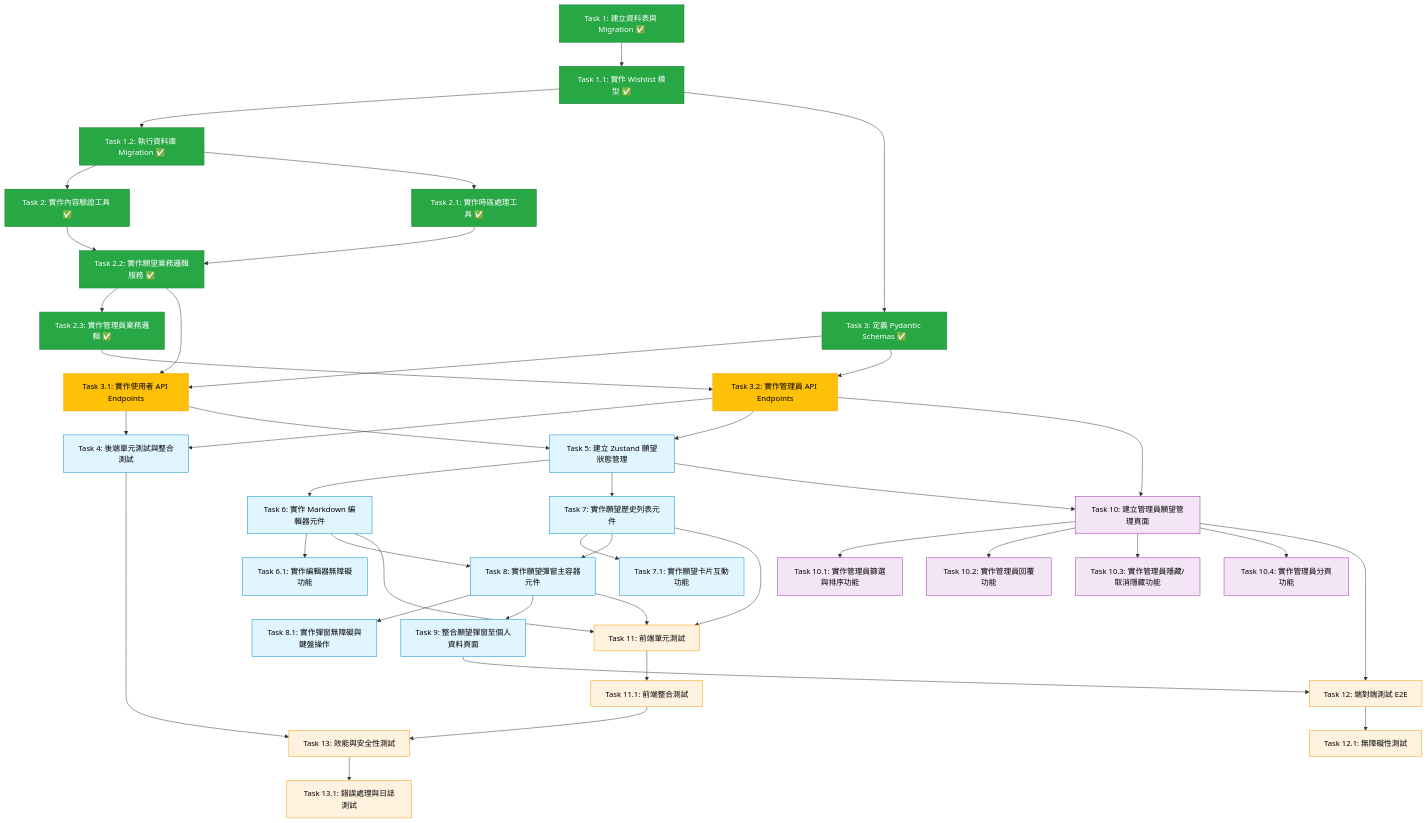
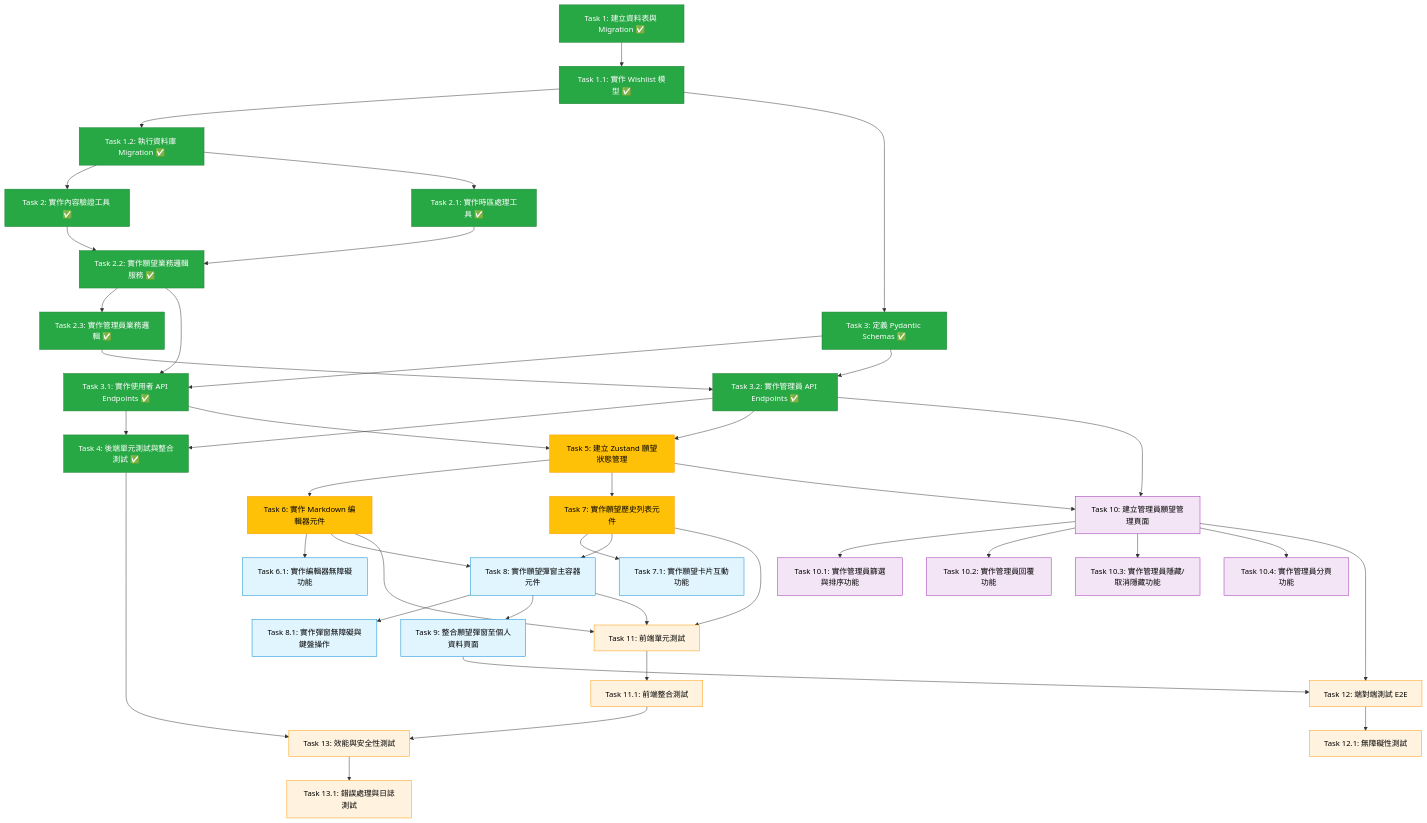
One commit to huan5678/wasteland-tarot-app changed the diagram in .kiro/specs/wishlist-feature/tasks.md. Above: the diagram before and after it, drawn with Mermaid. The commit also changed other lines of this file, not shown here.

First line of the commit message:
docs(wishlist): Update tasks.md - Backend complete, frontend stage ready

```diff
--- a/.kiro/specs/wishlist-feature/tasks.md
+++ b/.kiro/specs/wishlist-feature/tasks.md
@@ -671,10 +602,10 @@
     T2_3[Task 2.3: 實作管理員業務邏輯 ✅]
     T3[Task 3: 定義 Pydantic Schemas ✅]
 
-    %% Phase 2: Backend API (Next Step)
-    T3_1[Task 3.1: 實作使用者 API Endpoints]
-    T3_2[Task 3.2: 實作管理員 API Endpoints]
-    T4[Task 4: 後端單元測試與整合測試]
+    %% Phase 2: Backend API (Completed)
+    T3_1[Task 3.1: 實作使用者 API Endpoints ✅]
+    T3_2[Task 3.2: 實作管理員 API Endpoints ✅]
+    T4[Task 4: 後端單元測試與整合測試 ✅]
 
     %% Phase 3: Frontend Core (Can start after API ready)
     T5[Task 5: 建立 Zustand 願望狀態管理]
@@ -755,6 +686,7 @@
     T13 --> T13_1
 
     %% Styling
+    %% Phase 1: Completed (Green)
     style T1 fill:#28a745,stroke:#1e7e34,color:#fff
     style T1_1 fill:#28a745,stroke:#1e7e34,color:#fff
     style T1_2 fill:#28a745,stroke:#1e7e34,color:#fff
@@ -764,14 +696,16 @@
     style T2_3 fill:#28a745,stroke:#1e7e34,color:#fff
     style T3 fill:#28a745,stroke:#1e7e34,color:#fff
 
-    style T3_1 fill:#ffc107,stroke:#ff9800,color:#000
-    style T3_2 fill:#ffc107,stroke:#ff9800,color:#000
-    style T4 fill:#e1f5fe,stroke:#0288d1,color:#000
+    %% Phase 2: Completed (Green)
+    style T3_1 fill:#28a745,stroke:#1e7e34,color:#fff
+    style T3_2 fill:#28a745,stroke:#1e7e34,color:#fff
+    style T4 fill:#28a745,stroke:#1e7e34,color:#fff
 
-    style T5 fill:#e1f5fe,stroke:#0288d1,color:#000
-    style T6 fill:#e1f5fe,stroke:#0288d1,color:#000
+    %% Phase 3: Next Steps (Yellow highlight)
+    style T5 fill:#ffc107,stroke:#ff9800,color:#000
+    style T6 fill:#ffc107,stroke:#ff9800,color:#000
     style T6_1 fill:#e1f5fe,stroke:#0288d1,color:#000
-    style T7 fill:#e1f5fe,stroke:#0288d1,color:#000
+    style T7 fill:#ffc107,stroke:#ff9800,color:#000
     style T7_1 fill:#e1f5fe,stroke:#0288d1,color:#000
     style T8 fill:#e1f5fe,stroke:#0288d1,color:#000
     style T8_1 fill:#e1f5fe,stroke:#0288d1,color:#000
```
